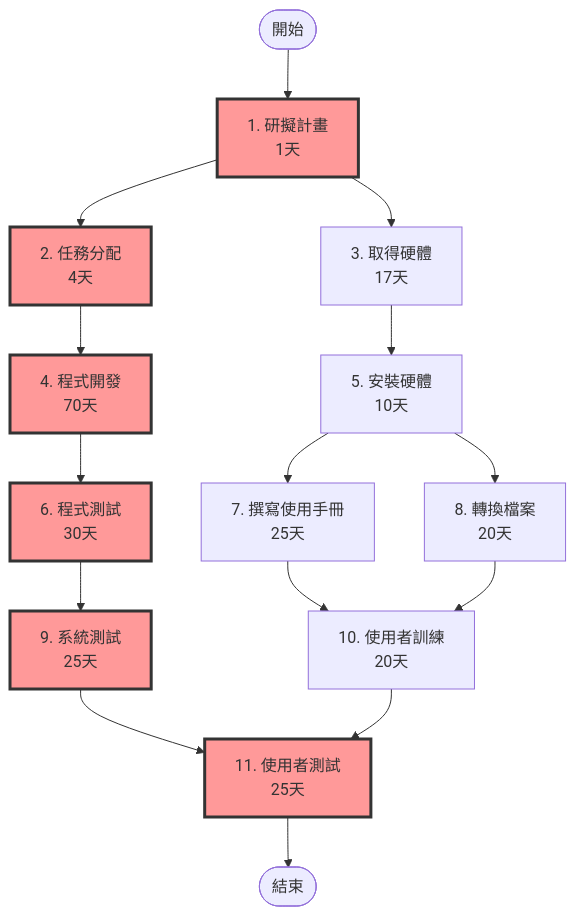
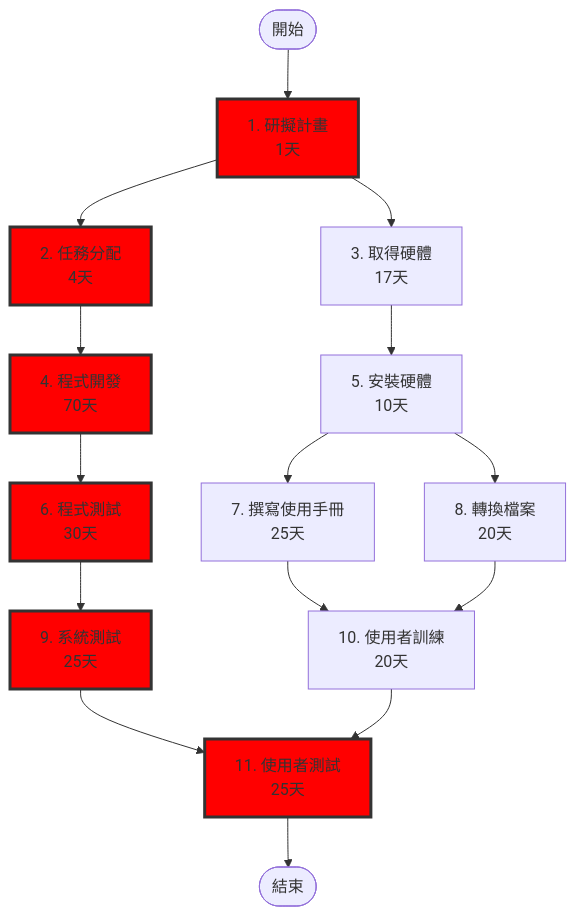
The first of 2 diagrams in hw2.md (c112118220-system/114-b), drawn with Mermaid before and after one commit.

````diff
--- a/hw2.md
+++ b/hw2.md
@@ -19,20 +19,20 @@
 ```mermaid
 graph TD
     Start([開始]) --> T1[1. 研擬計畫<br/>1天]
     T1 --> T2[2. 任務分配<br/>4天]
     T1 --> T3[3. 取得硬體<br/>17天]
     T2 --> T4[4. 程式開發<br/>70天]
     T3 --> T5[5. 安裝硬體<br/>10天]
     T4 --> T6[6. 程式測試<br/>30天]
     T5 --> T7[7. 撰寫使用手冊<br/>25天]
     T5 --> T8[8. 轉換檔案<br/>20天]
     T6 --> T9[9. 系統測試<br/>25天]
     T7 --> T10[10. 使用者訓練<br/>20天]
     T8 --> T10
     T9 --> T11[11. 使用者測試<br/>25天]
     T10 --> T11
     T11 --> End([結束])
     
-    classDef critical fill:#ff9999,stroke:#333,stroke-width:3px
+    classDef critical fill:#ff0000,stroke:#333,stroke-width:3px
     class T1,T2,T4,T6,T9,T11 critical
 ```
````
